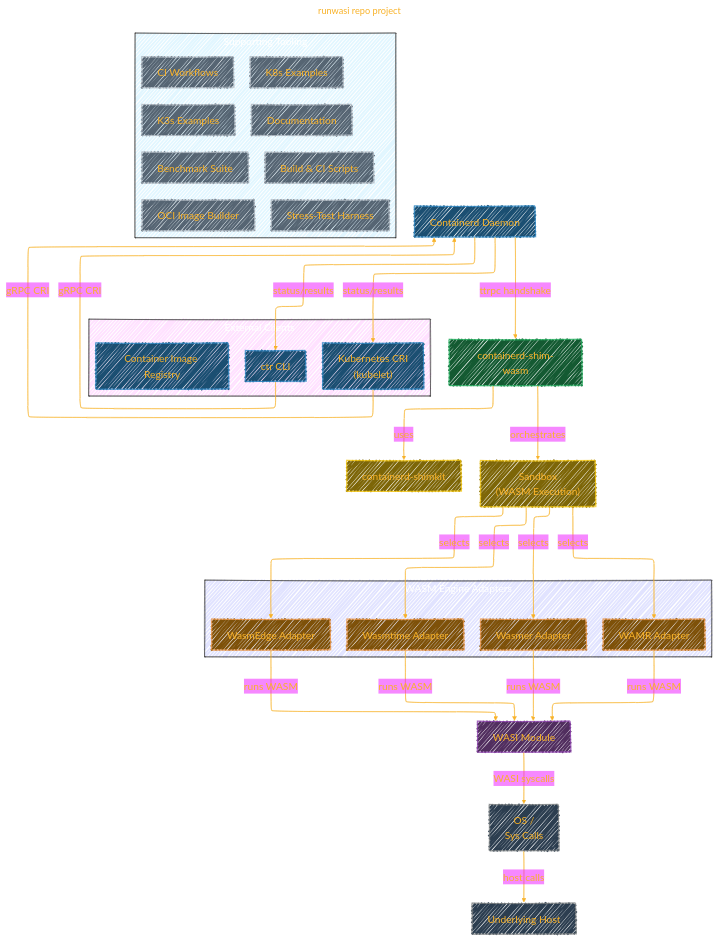
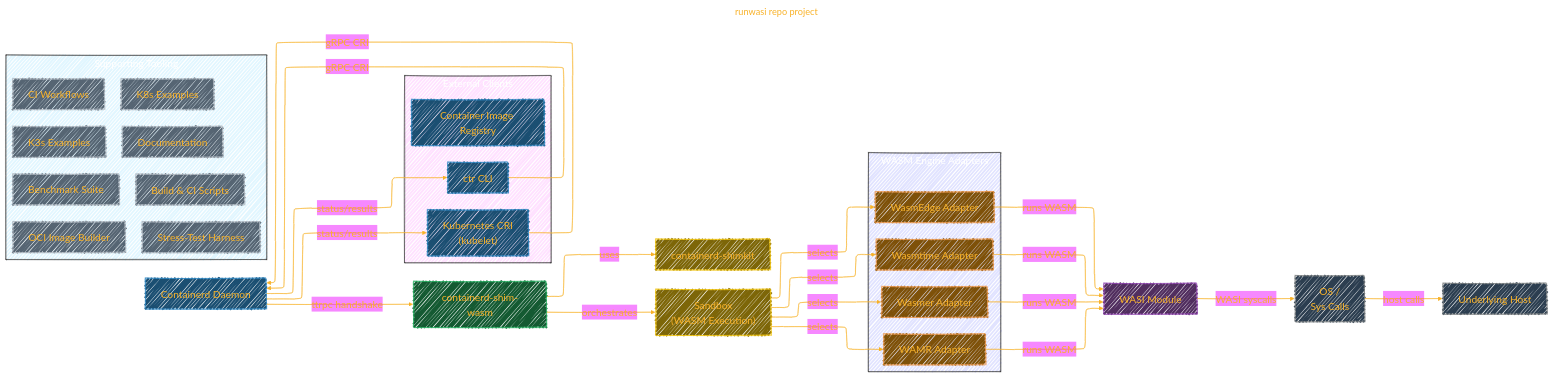
Before and after one commit to CongLeSolutionX/ArchExplorer: the first of 2 diagrams in APPLE/containerd_project/runwasi.md, drawn with Mermaid.

Commit message:
update notes

```diff
--- a/APPLE/containerd_project/runwasi.md
+++ b/APPLE/containerd_project/runwasi.md
@@ -71,7 +71,7 @@
     }
   }
 }%%
-flowchart TD
+flowchart LR
     subgraph External_Clients["External Clients"]
     style External_Clients fill:#F2F2,stroke:#333,stroke-width:1px, color: #FFFF
 	  direction LR
@@ -116,7 +116,7 @@
 
     subgraph Supporting_Tooling["Supporting Tooling"]
     style Supporting_Tooling fill:#2BF2,stroke:#333,stroke-width:1px, color: #FFFF
-	  direction LR
+	  direction TB
         OCI["OCI Image Builder"]:::tooling
         click OCI "https://github.com/containerd/runwasi/tree/main/crates/oci-tar-builder"
         
```
